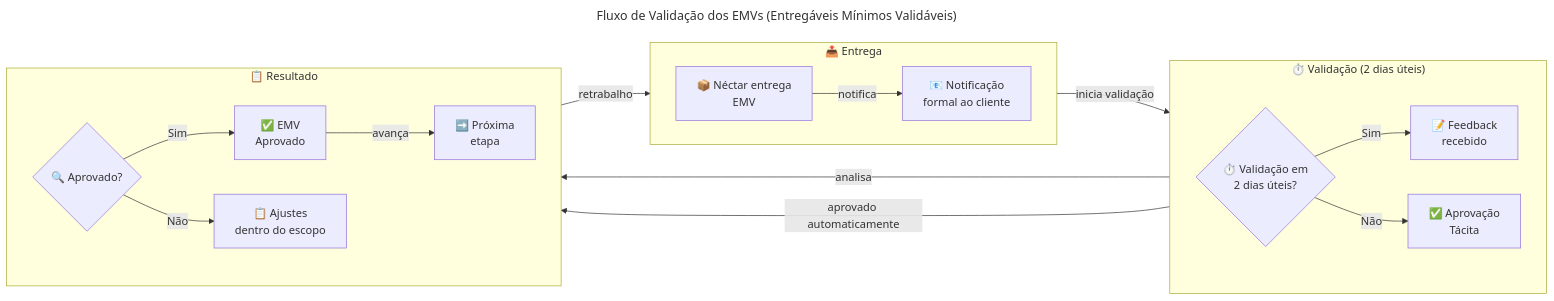
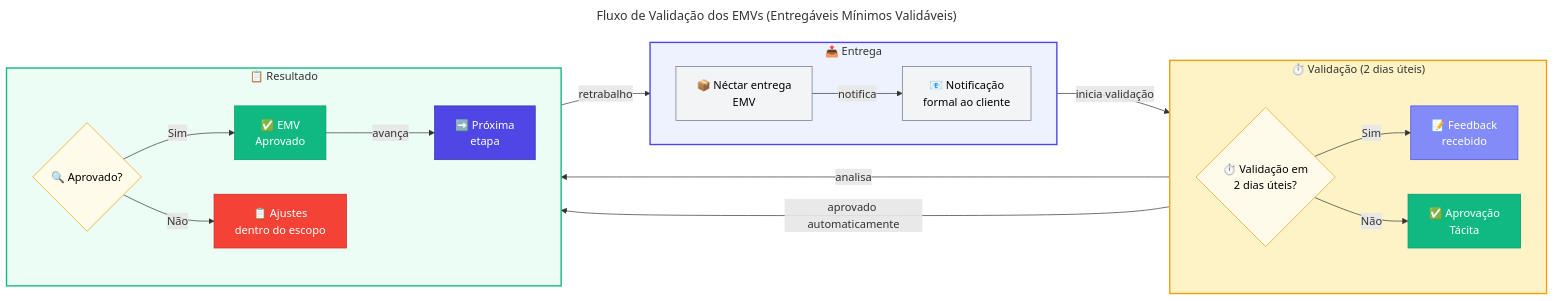
One commit to Evilazaro/Azure-LogicApps-Monitoring changed the third of 3 diagrams in docs/plano-modernizacao/02-fundamentos-tecnicos.md. Above: the diagram before and after it, drawn with Mermaid. The commit also changed other lines of this file and 6 other files, not shown here.

````diff
--- a/docs/plano-modernizacao/02-fundamentos-tecnicos.md
+++ b/docs/plano-modernizacao/02-fundamentos-tecnicos.md
@@ -355,37 +361,62 @@
 ```mermaid
 ---
 title: Fluxo de Validação dos EMVs (Entregáveis Mínimos Validáveis)
 ---
 flowchart LR
+    %% ===== DEFINIÇÕES DE ESTILO =====
+    classDef primary fill:#4F46E5,stroke:#3730A3,color:#FFFFFF
+    classDef secondary fill:#10B981,stroke:#059669,color:#FFFFFF
+    classDef datastore fill:#F59E0B,stroke:#D97706,color:#000000
+    classDef external fill:#6B7280,stroke:#4B5563,color:#FFFFFF,stroke-dasharray: 5 5
+    classDef failed fill:#F44336,stroke:#C62828,color:#FFFFFF
+    classDef trigger fill:#818CF8,stroke:#4F46E5,color:#FFFFFF
+    classDef decision fill:#FFFBEB,stroke:#F59E0B,color:#000000
+    classDef input fill:#F3F4F6,stroke:#6B7280,color:#000000
+
+    %% ===== SUBGRAPH: ENTREGA =====
     subgraph entrega ["📤 Entrega"]
         direction LR
         A["📦 Néctar entrega<br>EMV"]
         B["📧 Notificação<br>formal ao cliente"]
         A -->|"notifica"| B
     end
+    style entrega fill:#EEF2FF,stroke:#4F46E5,stroke-width:2px
 
+    %% ===== SUBGRAPH: VALIDAÇÃO =====
     subgraph validacao ["⏱️ Validação (2 dias úteis)"]
         direction LR
         C{"⏱️ Validação em<br>2 dias úteis?"}
         D["📝 Feedback<br>recebido"]
         E["✅ Aprovação<br>Tácita"]
         C -->|"Sim"| D
         C -->|"Não"| E
     end
+    style validacao fill:#FEF3C7,stroke:#F59E0B,stroke-width:2px
 
+    %% ===== SUBGRAPH: RESULTADO =====
     subgraph resultado ["📋 Resultado"]
         direction LR
         F{"🔍 Aprovado?"}
         G["✅ EMV<br>Aprovado"]
         H["📋 Ajustes<br>dentro do escopo"]
         I["➡️ Próxima<br>etapa"]
         F -->|"Sim"| G
         F -->|"Não"| H
         G -->|"avança"| I
     end
+    style resultado fill:#ECFDF5,stroke:#10B981,stroke-width:2px
 
+    %% ===== CONEXÕES ENTRE SUBGRAPHS =====
     entrega -->|"inicia validação"| validacao
     D -->|"analisa"| F
     E -->|"aprovado automaticamente"| G
     H -->|"retrabalho"| A
+
+    %% ===== APLICAÇÃO DE ESTILOS =====
+    class A,B input
+    class C,F decision
+    class D trigger
+    class E,G secondary
+    class H failed
+    class I primary
 ```
````
